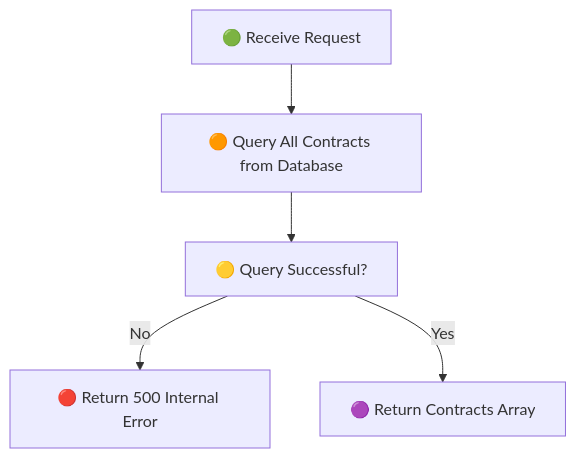
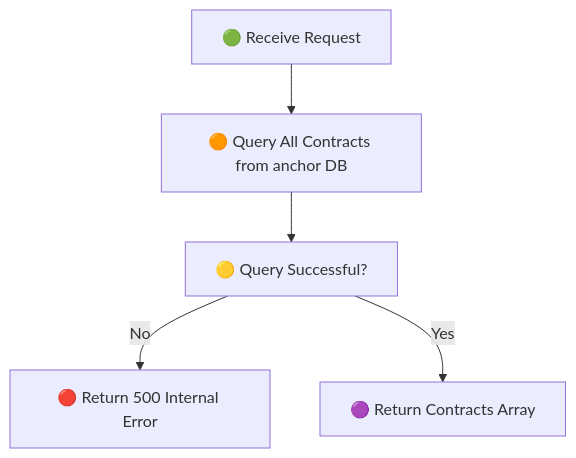
The seventh of 19 diagrams in API_Flow_Diagrams.md (trunghc97/blockchain), drawn with Mermaid before and after one commit. The commit also changed other lines of this file and 4 other files, not shown here.

````diff
--- a/API_Flow_Diagrams.md
+++ b/API_Flow_Diagrams.md
@@ -136,7 +177,7 @@
 ```mermaid
 flowchart TD
-    A[🟢 Receive Request] --> B[🟠 Query All Contracts from Database]
+    A[🟢 Receive Request] --> B[🟠 Query All Contracts from anchor DB]
     B --> C[🟡 Query Successful?]
     C -->|No| D[🔴 Return 500 Internal Error]
     C -->|Yes| E[🟣 Return Contracts Array]
 ```
````
